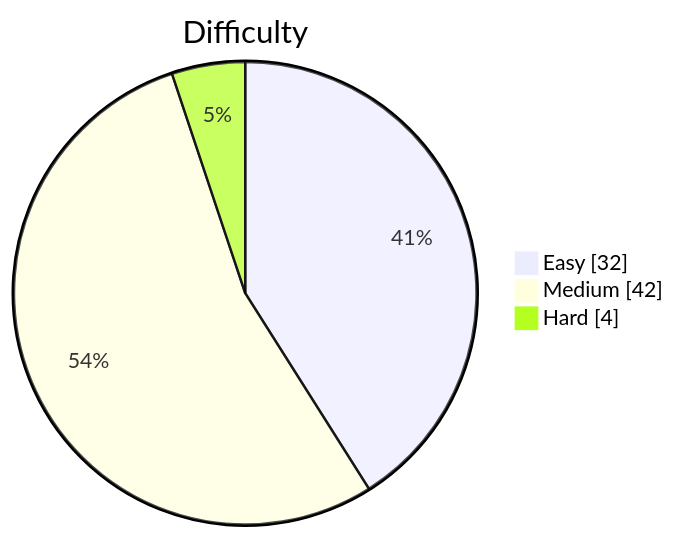
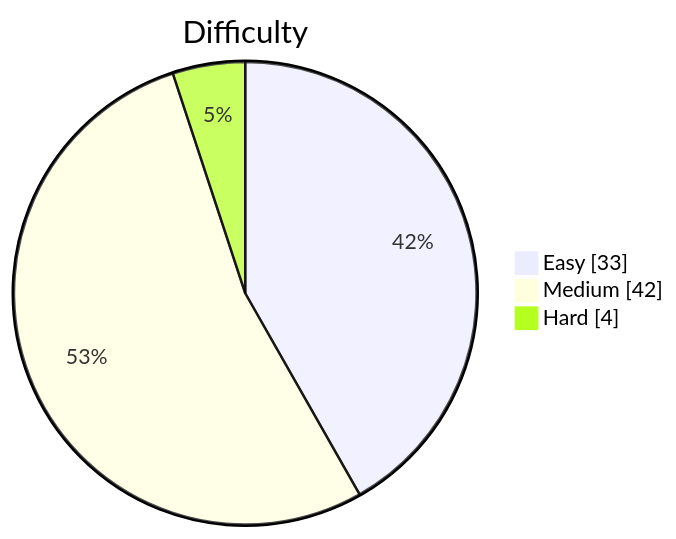
One commit to kevstevie/python-algo-practice changed the diagram in README.md. Above: the diagram before and after it, drawn with Mermaid. The commit also changed other lines of this file, not shown here.

````diff
--- a/README.md
+++ b/README.md
@@ -13,7 +13,7 @@
 ```mermaid
 pie showData
     title Difficulty
-    "Easy"   : 32
+    "Easy"   : 33
     "Medium" : 42
     "Hard"   : 4
 ```
````
